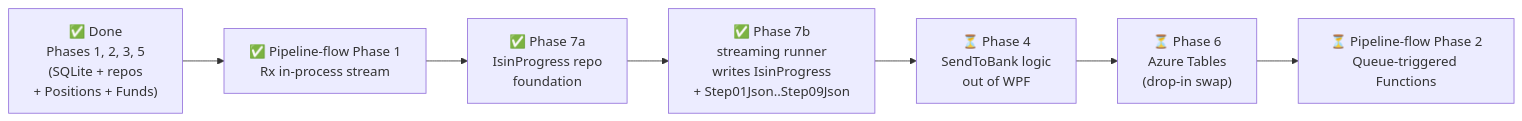
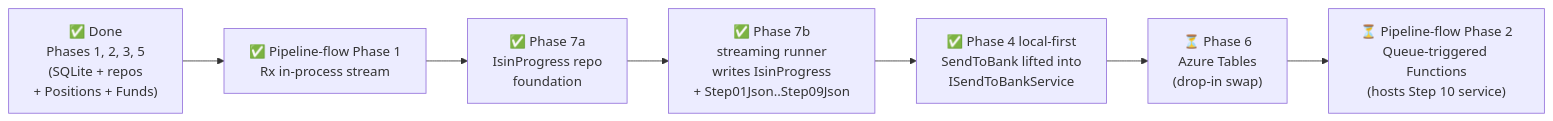
One commit to Muhomorik/FikaFinans changed the sixth of 6 diagrams in Docs/storage-migration-plan.md. Above: the diagram before and after it, drawn with Mermaid. The commit also changed other lines of this file and 6 other files, not shown here.

Commit message:
Introduce `ISendToBankService` and `SendToBankService` for Step 10 trade submission, refactor WPF button to use the service, add result tallying, and write unit tests for all branches. Update migration documentation for Phase 4a completion.

````diff
--- a/Docs/storage-migration-plan.md
+++ b/Docs/storage-migration-plan.md
@@ -383,9 +387,9 @@
 ```mermaid
 flowchart LR
   done["✅ Done<br/>Phases 1, 2, 3, 5<br/>(SQLite + repos<br/>+ Positions + Funds)"] --> rx["✅ Pipeline-flow Phase 1<br/>Rx in-process stream"]
   rx --> p7a["✅ Phase 7a<br/>IsinProgress repo<br/>foundation"]
   p7a --> p7b["✅ Phase 7b<br/>streaming runner<br/>writes IsinProgress<br/>+ Step01Json..Step09Json"]
-  p7b --> p4["⏳ Phase 4<br/>SendToBank logic<br/>out of WPF"]
-  p4 --> p6["⏳ Phase 6<br/>Azure Tables<br/>(drop-in swap)"]
-  p6 --> p2["⏳ Pipeline-flow Phase 2<br/>Queue-triggered Functions"]
+  p7b --> p4local["✅ Phase 4 local-first<br/>SendToBank lifted into<br/>ISendToBankService"]
+  p4local --> p6["⏳ Phase 6<br/>Azure Tables<br/>(drop-in swap)"]
+  p6 --> p2["⏳ Pipeline-flow Phase 2<br/>Queue-triggered Functions<br/>(hosts Step 10 service)"]
 ```
````
